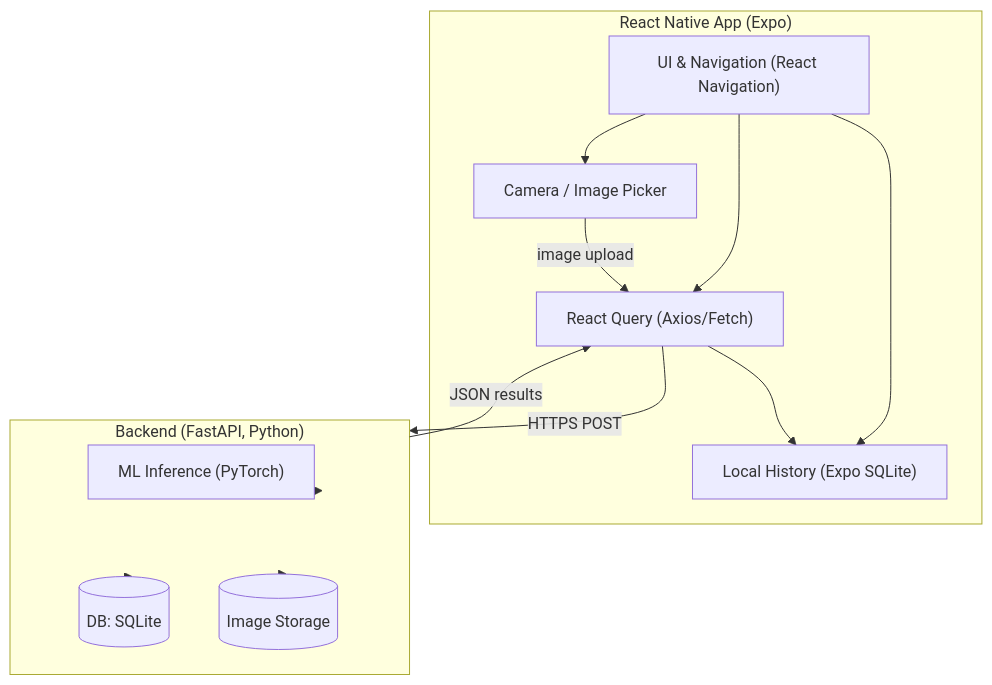
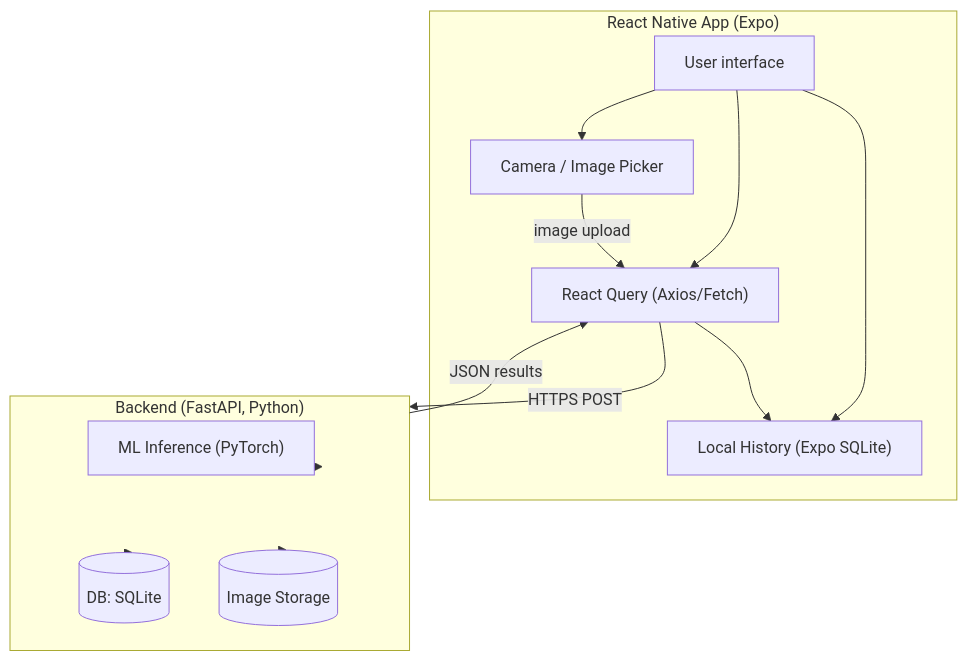
The first of 2 diagrams in README.md (Varustevahti/Backend), drawn with Mermaid before and after one commit.

````diff
--- a/README.md
+++ b/README.md
@@ -11,26 +11,26 @@
 ```mermaid
 flowchart TB
     subgraph RN ["React Native App (Expo)"]
-      UI["UI & Navigation (React Navigation)"]
+      UI["User interface"]
       SQ["Local History (Expo SQLite)"]
       RQ["React Query (Axios/Fetch)"]
       CAM["Camera / Image Picker"]
       UI --> CAM
       UI --> RQ
       UI --> SQ
     end
 
     subgraph API ["Backend (FastAPI, Python)"]
       INFER["ML Inference (PyTorch)"]
       DB[("DB: SQLite")]
       FS[("Image Storage")]
     end
 
     CAM -->|image upload| RQ
     RQ -->|HTTPS POST| API
     API --> FS
     API --> INFER
     API --> DB
     API -->|JSON results| RQ
     RQ --> SQ
 ```
````
